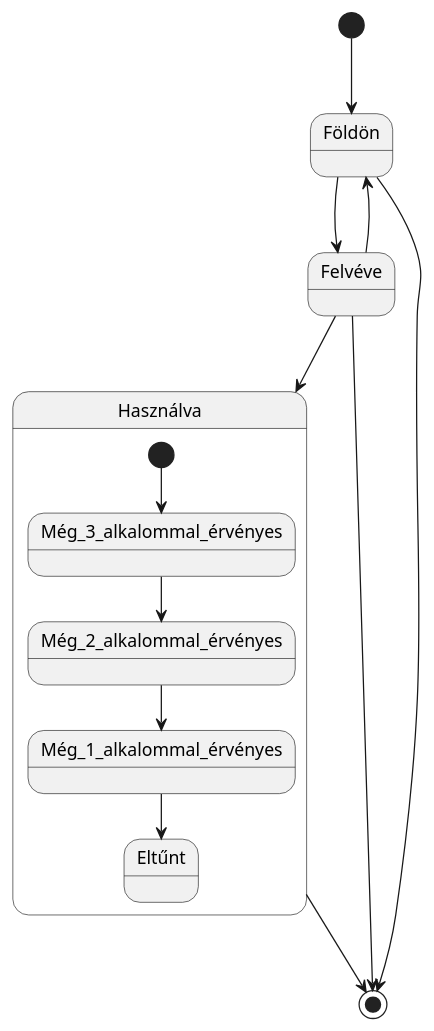
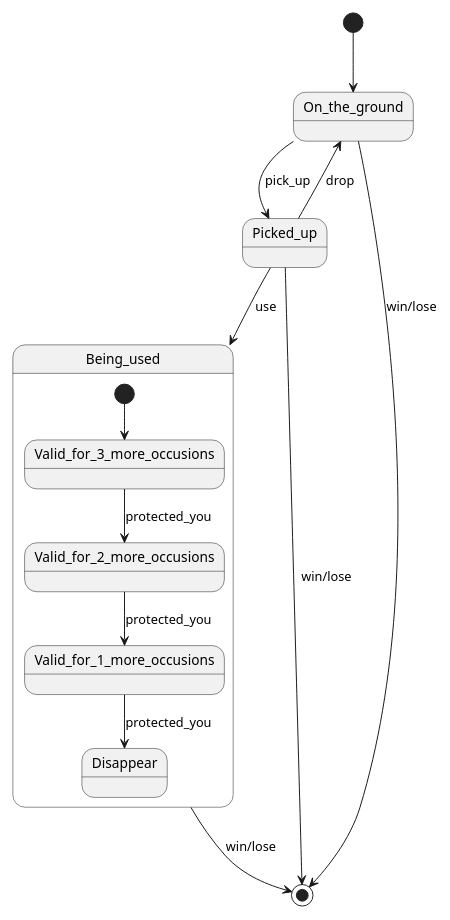
One commit to MysticMazeEducators/.github changed the diagram in resources/state_chart/TVSZ_and_FFP2.puml. Above: the diagram before and after it, drawn with PlantUML. The commit also changed 33 other files, not shown here.

Commit message:
translating state charts to English and completing them

```diff
--- a/resources/state_chart/TVSZ_and_FFP2.puml
+++ b/resources/state_chart/TVSZ_and_FFP2.puml
@@ -1,20 +1,20 @@
 @startuml
 'https://plantuml.com/state-diagram
 scale 350 width
 
-[*] --> Földön
-Földön --> Felvéve
-Felvéve --> Földön
-Felvéve --> Használva
-state Használva {
- [*] --> Még_3_alkalommal_érvényes
- Még_3_alkalommal_érvényes --> Még_2_alkalommal_érvényes
- Még_2_alkalommal_érvényes --> Még_1_alkalommal_érvényes
- Még_1_alkalommal_érvényes --> Eltűnt
+[*] --> On_the_ground
+On_the_ground --> Picked_up : pick_up
+Picked_up --> On_the_ground : drop
+Picked_up --> Being_used : use
+state Being_used {
+ [*] --> Valid_for_3_more_occusions
+ Valid_for_3_more_occusions --> Valid_for_2_more_occusions : protected_you
+ Valid_for_2_more_occusions --> Valid_for_1_more_occusions : protected_you
+ Valid_for_1_more_occusions --> Disappear : protected_you
 }
 
-Használva --> [*]
-Felvéve --> [*]
-Földön --> [*]
+Being_used --> [*] : win/lose
+Picked_up --> [*] : win/lose
+On_the_ground --> [*] : win/lose
 
 @enduml
```
